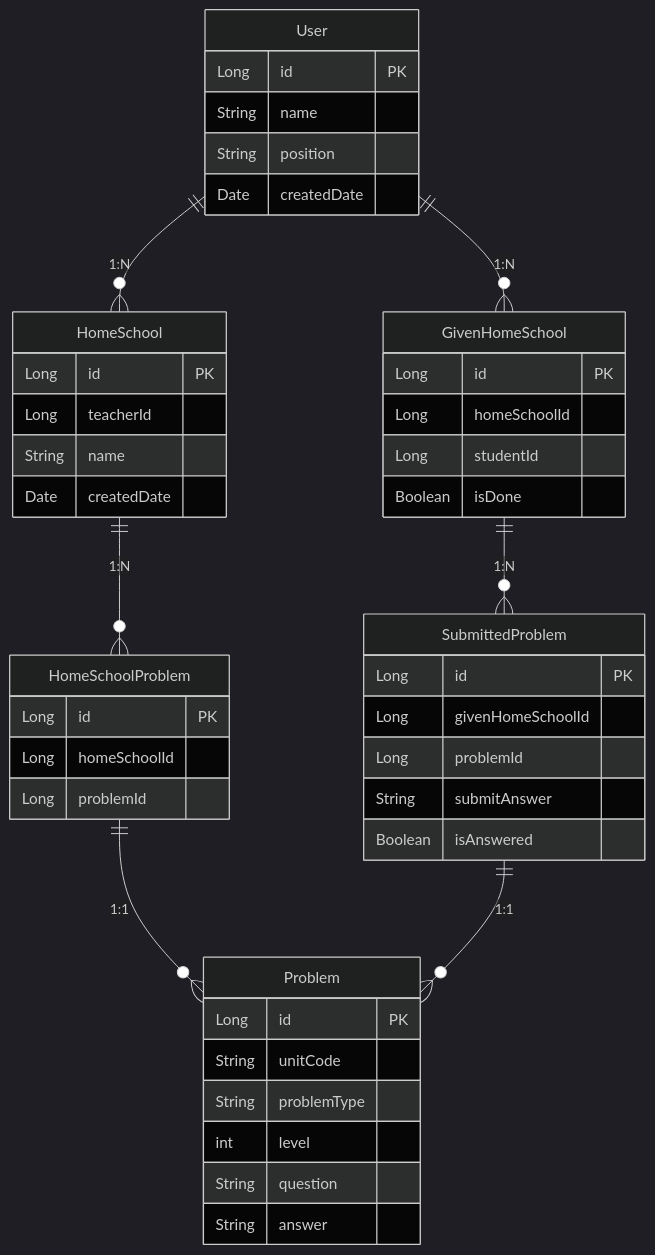
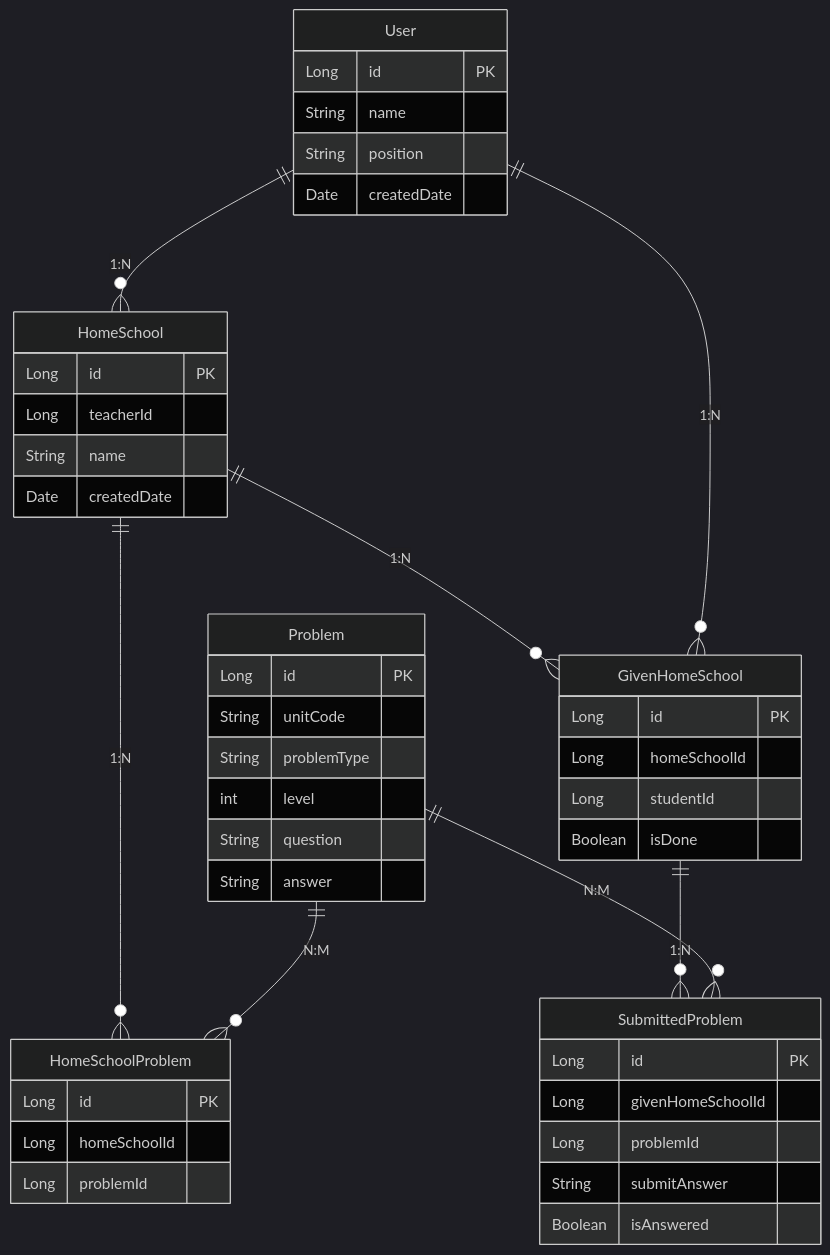
The diagram in docs/ERD.md (lgm1007/home-school-materials-api), drawn with Mermaid (dark theme) before and after one commit.

Commit message:
docs: ERD 문서 내용 수정

````diff
--- a/docs/ERD.md
+++ b/docs/ERD.md
@@ -1,53 +1,54 @@
 ```mermaid
 erDiagram
     Problem {
         Long id PK
         String unitCode
         String problemType
         int level
         String question
         String answer
     }
     
     HomeSchool {
         Long id PK
         Long teacherId
         String name
         Date createdDate
     }
 
     HomeSchoolProblem {
         Long id PK
         Long homeSchoolId
         Long problemId
     }
 
     GivenHomeSchool {
         Long id PK
         Long homeSchoolId
         Long studentId
         Boolean isDone
     }
 
     SubmittedProblem {
         Long id PK
         Long givenHomeSchoolId
         Long problemId
         String submitAnswer
         Boolean isAnswered
     }
 
     User {
         Long id PK
         String name
         String position
         Date createdDate
     }
 
     HomeSchool ||--o{ HomeSchoolProblem : "1:N"
-    HomeSchoolProblem ||--o{ Problem : "1:1"
+    Problem ||--o{ HomeSchoolProblem : "N:M"
+    HomeSchool ||--o{ GivenHomeSchool : "1:N"
     GivenHomeSchool ||--o{ SubmittedProblem : "1:N"
-    SubmittedProblem ||--o{ Problem : "1:1"
+    Problem ||--o{ SubmittedProblem : "N:M"
     User ||--o{ HomeSchool : "1:N"
     User ||--o{ GivenHomeSchool : "1:N"
 ```
````
